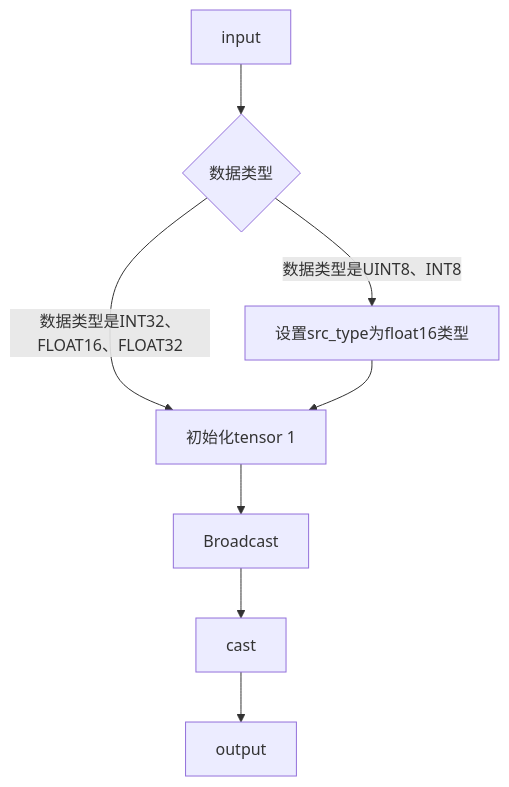
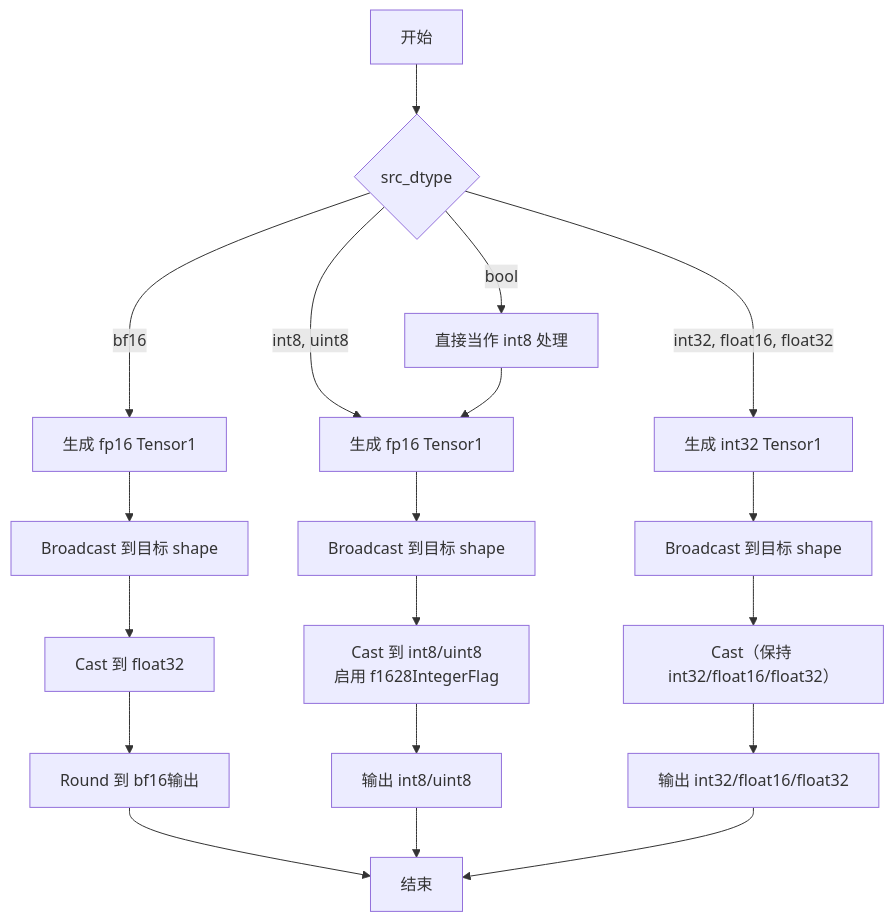
One commit to IceT5/math changed the first of 2 diagrams in experimental/math/ones_like/docs/aclnnOnesLike.md. Above: the diagram before and after it, drawn with Mermaid. The commit also changed other lines of this file, not shown here.

````diff
--- a/experimental/math/ones_like/docs/aclnnOnesLike.md
+++ b/experimental/math/ones_like/docs/aclnnOnesLike.md
@@ -48,10 +29,25 @@
 ```mermaid
 graph TD
-A[input] --> B{数据类型}
-    B --> |数据类型是INT32、FLOAT16、FLOAT32| D
-    B --> |数据类型是UINT8、INT8| E[设置src_type为float16类型]
-    E --> D[初始化tensor 1]
-    D --> H[Broadcast]
-    H --> F[cast]
-    F --> G[output]
+    A[开始] -->B{src_dtype}
+    B -->|bf16| C1[生成 fp16 Tensor1]
+    B -->|int8, uint8| C2[生成 fp16 Tensor1]
+    B -->|bool| C4[直接当作 int8 处理<br/>]
+    B -->|int32, float16, float32| C5[生成 int32 Tensor1]
+
+    C1 --> D1[Broadcast 到目标 shape]
+    C2 --> D2[Broadcast 到目标 shape]
+    C4 --> C2
+    C5 --> D5[Broadcast 到目标 shape]
+
+    D1 --> E1[Cast 到 float32]
+    D2 --> E2[Cast 到 int8/uint8<br/>启用 f1628IntegerFlag]
+    D5 --> E5[Cast（保持 int32/float16/float32）]
+
+    E1 --> F1[Round 到 bf16输出]
+    E2 --> F2[输出 int8/uint8]
+    E5 --> F5[输出 int32/float16/float32]
+
+    F1 --> G[结束]
+    F2 --> G
+    F5 --> G
 ```
````
